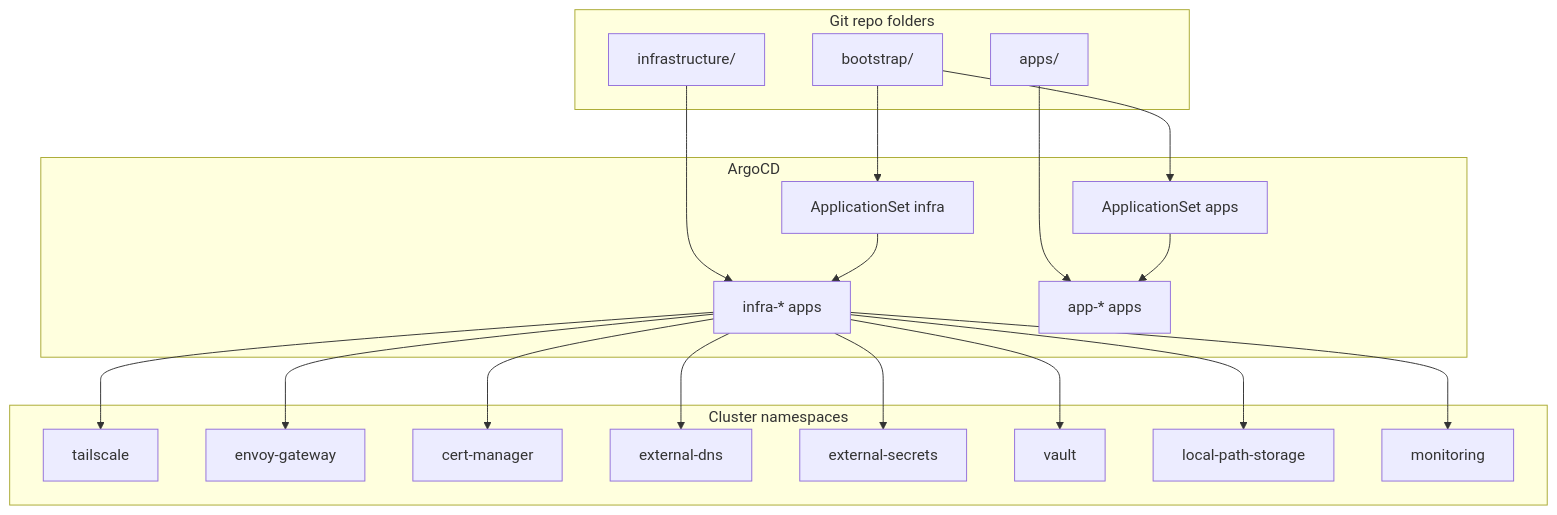
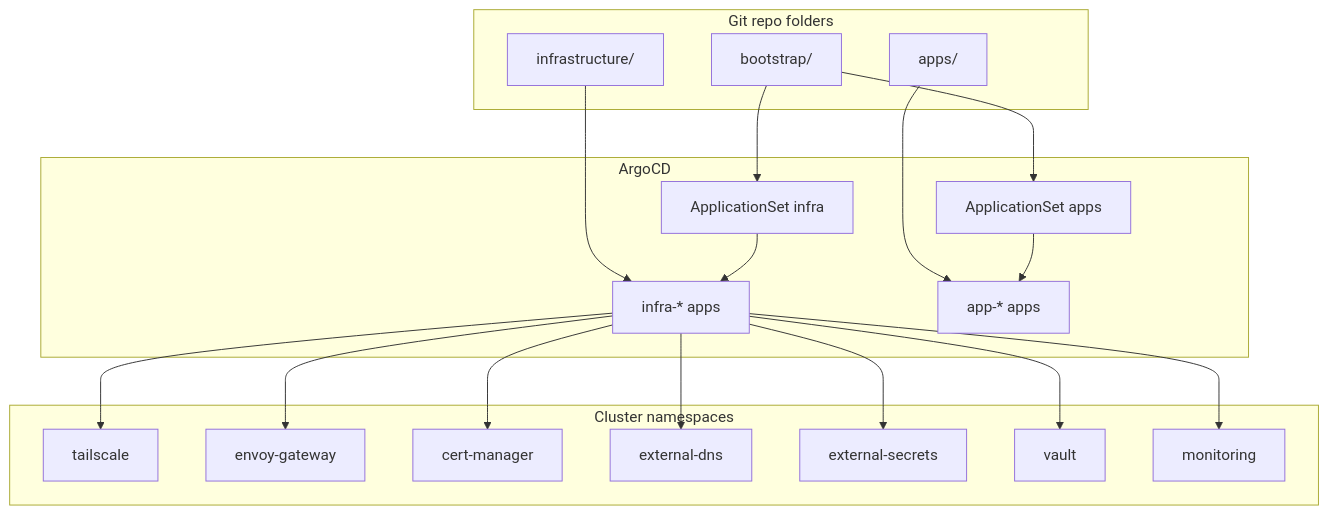
One commit to nsudhanva/homelab changed the diagram in docs/src/content/docs/reference/infrastructure-components.md. Above: the diagram before and after it, drawn with Mermaid. The commit also changed other lines of this file and 46 other files, not shown here.

````diff
--- a/docs/src/content/docs/reference/infrastructure-components.md
+++ b/docs/src/content/docs/reference/infrastructure-components.md
@@ -22,41 +22,39 @@
 ```mermaid
 flowchart TB
   subgraph Git["Git repo folders"]
     Boot["bootstrap/"]
     Infra["infrastructure/"]
     Apps["apps/"]
   end
 
   subgraph Argo["ArgoCD"]
     AppSetInfra["ApplicationSet infra"]
     AppSetApps["ApplicationSet apps"]
     InfraApps["infra-* apps"]
     UserApps["app-* apps"]
   end
 
   subgraph Cluster["Cluster namespaces"]
     Tailscale["tailscale"]
     Envoy["envoy-gateway"]
     Cert["cert-manager"]
     ExtDNS["external-dns"]
     ExtSecrets["external-secrets"]
     Vault["vault"]
-    Storage["local-path-storage"]
     Monitoring["monitoring"]
   end
 
   Boot --> AppSetInfra
   Boot --> AppSetApps
   Infra --> InfraApps
   Apps --> UserApps
   AppSetInfra --> InfraApps
   AppSetApps --> UserApps
   InfraApps --> Tailscale
   InfraApps --> Envoy
   InfraApps --> Cert
   InfraApps --> ExtDNS
   InfraApps --> ExtSecrets
   InfraApps --> Vault
-  InfraApps --> Storage
   InfraApps --> Monitoring
 ```
````
